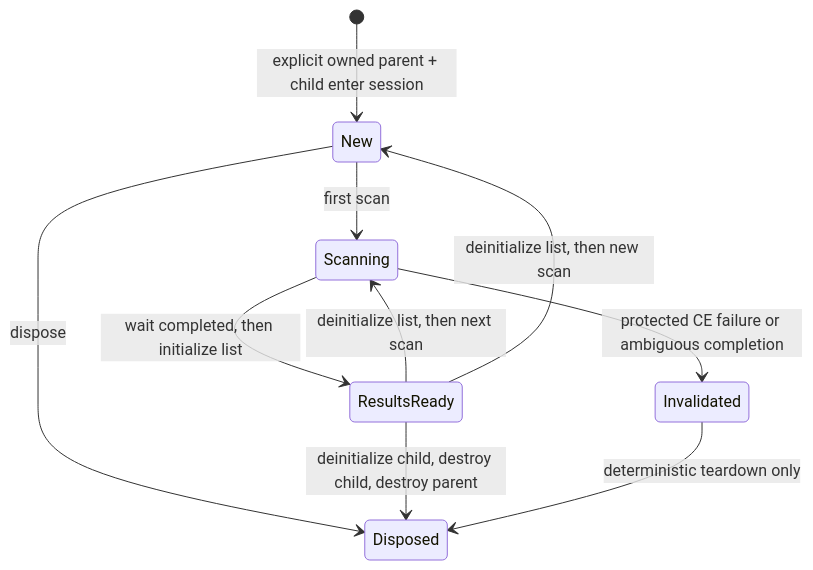
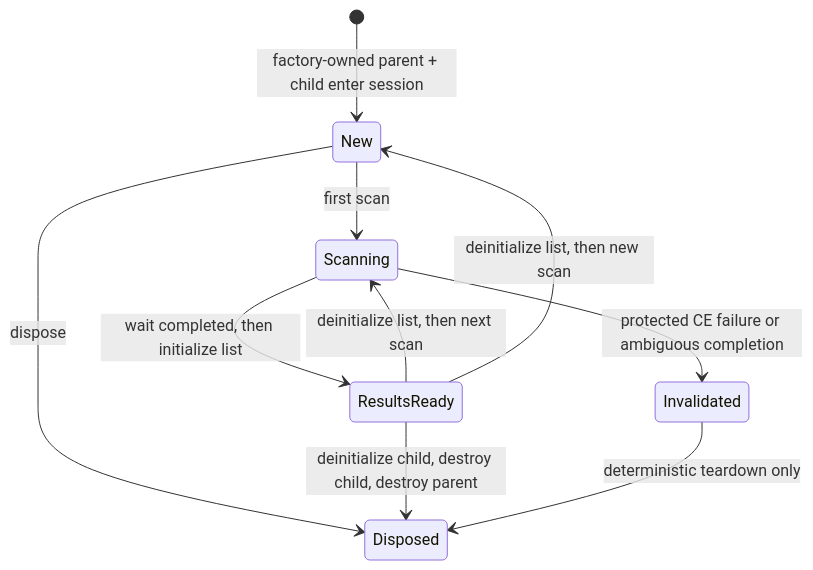
The diagram in exemples/06-value-scans/README.md (CheatEngineNet/CheatEngine.SDK), drawn with Mermaid before and after one commit. The commit also changed other lines of this file and 56 other files, not shown here.

````diff
--- a/exemples/06-value-scans/README.md
+++ b/exemples/06-value-scans/README.md
@@ -35,12 +36,12 @@
 ```mermaid
 stateDiagram-v2
-    [*] --> New: explicit owned parent + child enter session
+    [*] --> New: factory-owned parent + child enter session
     New --> Scanning: first scan
     Scanning --> ResultsReady: wait completed, then initialize list
     ResultsReady --> Scanning: deinitialize list, then next scan
     ResultsReady --> New: deinitialize list, then new scan
     New --> Disposed: dispose
     ResultsReady --> Disposed: deinitialize child, destroy child, destroy parent
     Scanning --> Invalidated: protected CE failure or ambiguous completion
     Invalidated --> Disposed: deterministic teardown only
 ```
````
